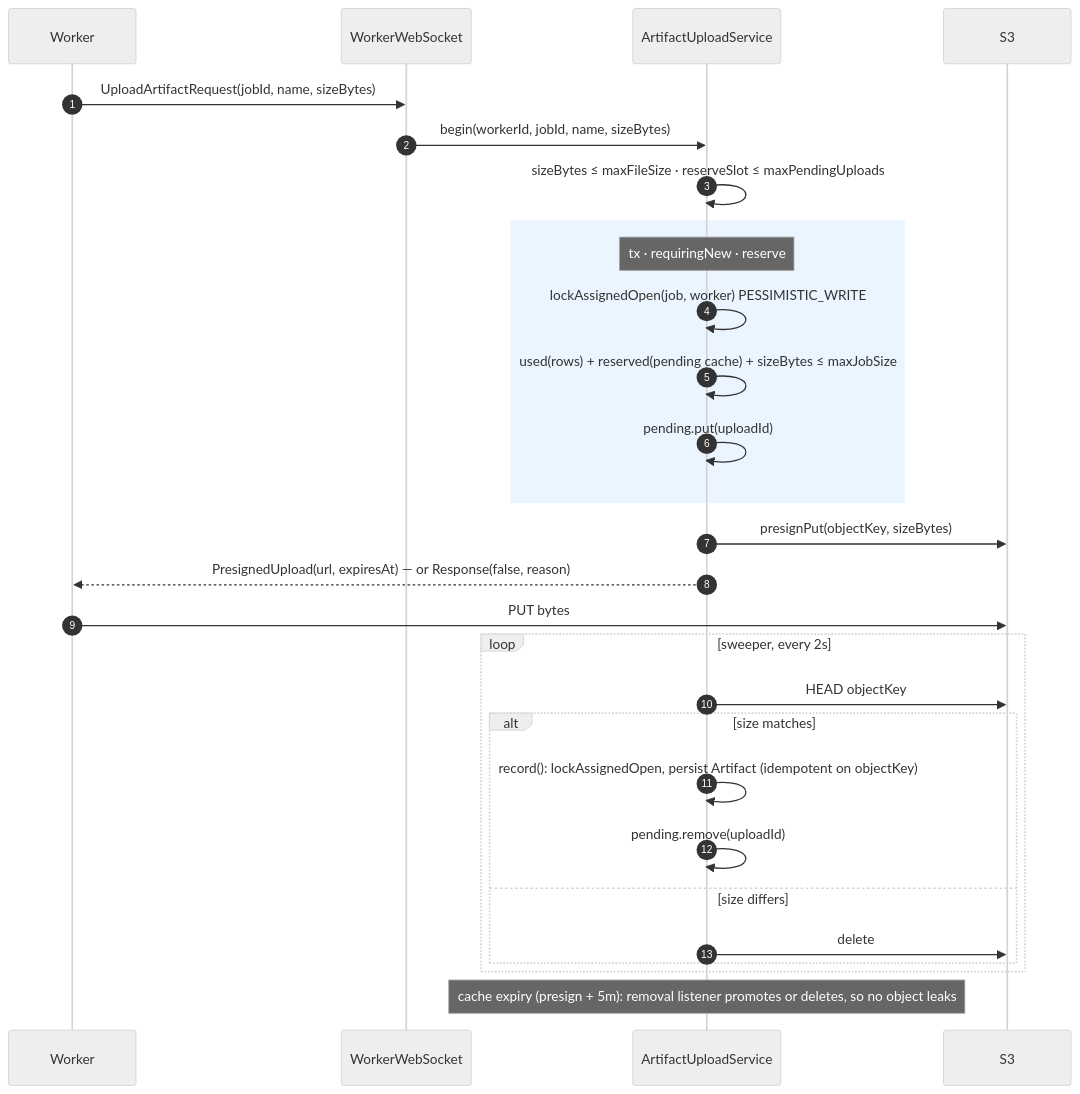
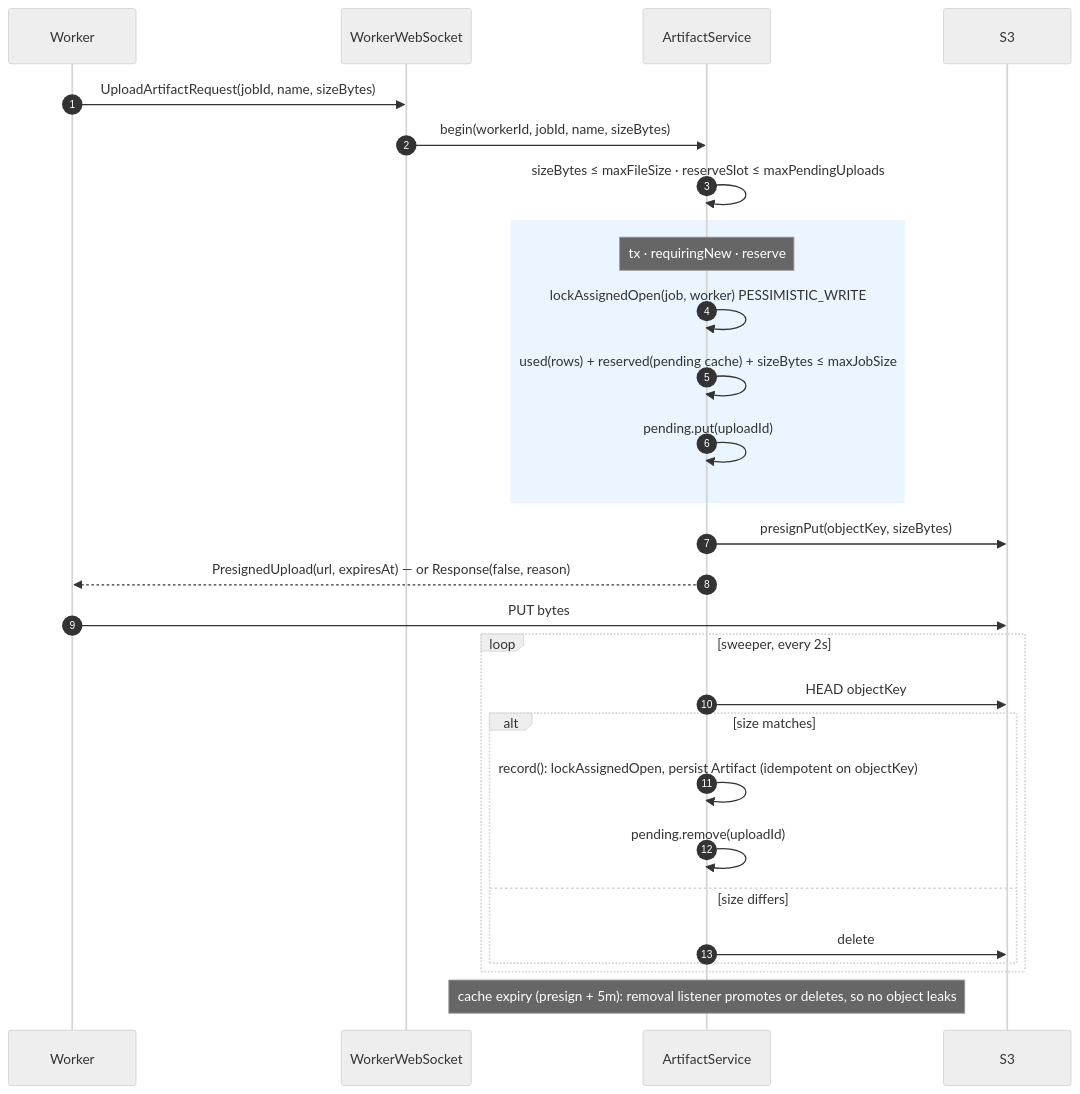
One commit to iceBear67/prts-central changed the diagram in agent-docs/artifacts.md. Above: the diagram before and after it, drawn with Mermaid (neutral theme). The commit also changed other lines of this file and 29 other files, not shown here.

````diff
--- a/agent-docs/artifacts.md
+++ b/agent-docs/artifacts.md
@@ -14,31 +14,31 @@
 ```mermaid
 sequenceDiagram
     autonumber
     participant W as Worker
     participant WS as WorkerWebSocket
-    participant A as ArtifactUploadService
+    participant A as ArtifactService
     participant S3
 
     W->>WS: UploadArtifactRequest(jobId, name, sizeBytes)
     WS->>A: begin(workerId, jobId, name, sizeBytes)
     A->>A: sizeBytes ≤ maxFileSize · reserveSlot ≤ maxPendingUploads
     rect rgb(235, 245, 255)
         Note over A: tx · requiringNew · reserve
         A->>A: lockAssignedOpen(job, worker) PESSIMISTIC_WRITE
         A->>A: used(rows) + reserved(pending cache) + sizeBytes ≤ maxJobSize
         A->>A: pending.put(uploadId)
     end
     A->>S3: presignPut(objectKey, sizeBytes)
     A-->>W: PresignedUpload(url, expiresAt) — or Response(false, reason)
     W->>S3: PUT bytes
     loop sweeper, every 2s
         A->>S3: HEAD objectKey
         alt size matches
             A->>A: record(): lockAssignedOpen, persist Artifact (idempotent on objectKey)
             A->>A: pending.remove(uploadId)
         else size differs
             A->>S3: delete
         end
     end
     Note over A: cache expiry (presign + 5m): removal listener promotes or deletes, so no object leaks
 ```
````
